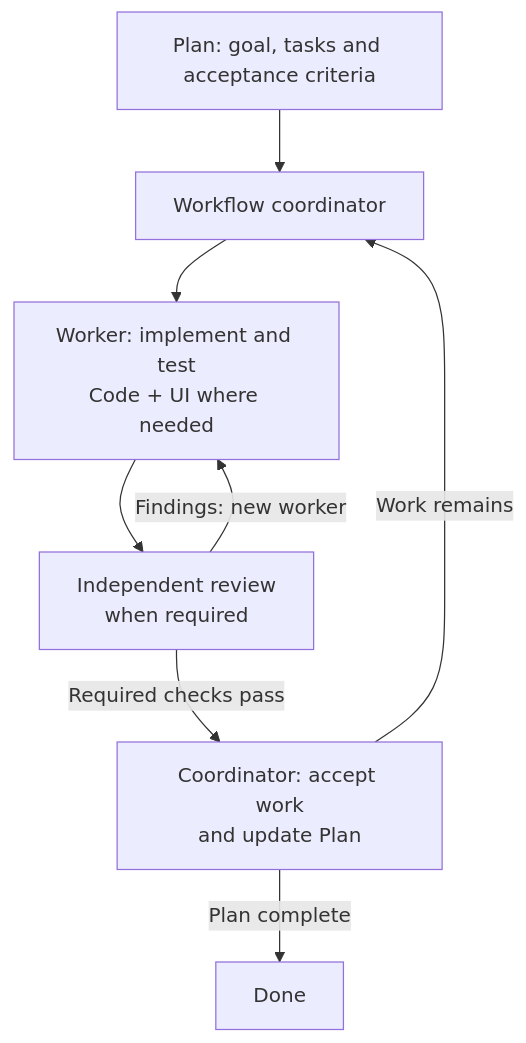
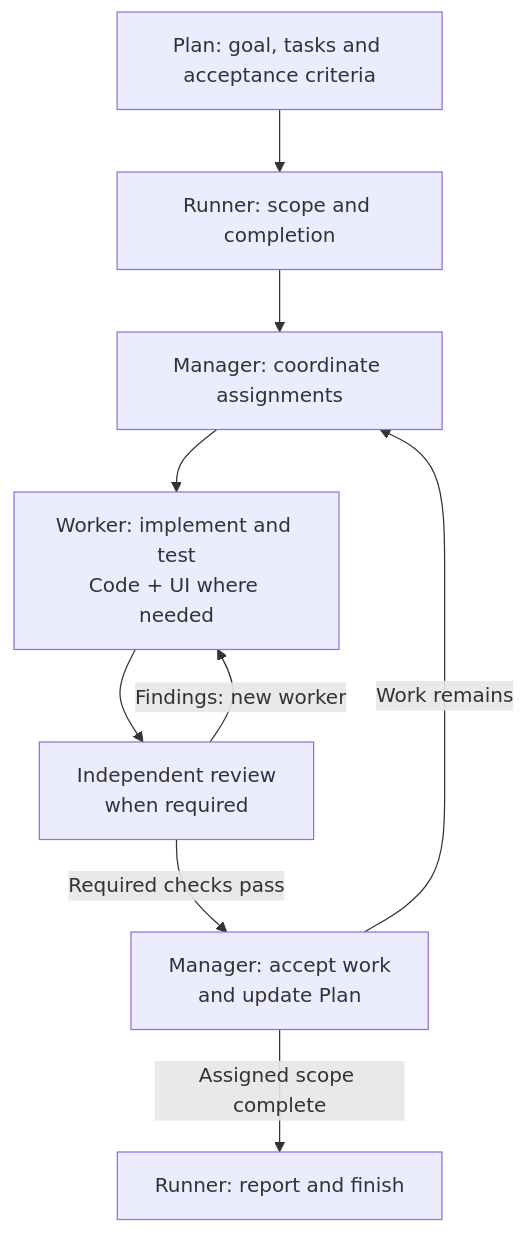
Before and after one commit to benjaminstelzer/BenjaminStelzer: the diagram in README.md, drawn with Mermaid. The commit also changed other lines of this file, not shown here.

````diff
--- a/README.md
+++ b/README.md
@@ -39,10 +40,11 @@
 ```mermaid
 flowchart TD
-    P["Plan: goal, tasks and acceptance criteria"] --> C["Workflow coordinator"]
+    P["Plan: goal, tasks and acceptance criteria"] --> N["Runner: scope and completion"]
+    N --> C["Manager: coordinate assignments"]
     C --> W["Worker: implement and test<br/>Code + UI where needed"]
     W --> R["Independent review<br/>when required"]
     R -->|Findings: new worker| W
-    R -->|Required checks pass| A["Coordinator: accept work<br/>and update Plan"]
+    R -->|Required checks pass| A["Manager: accept work<br/>and update Plan"]
     A -->|Work remains| C
-    A -->|Plan complete| D["Done"]
+    A -->|Assigned scope complete| D["Runner: report and finish"]
 ```
````
